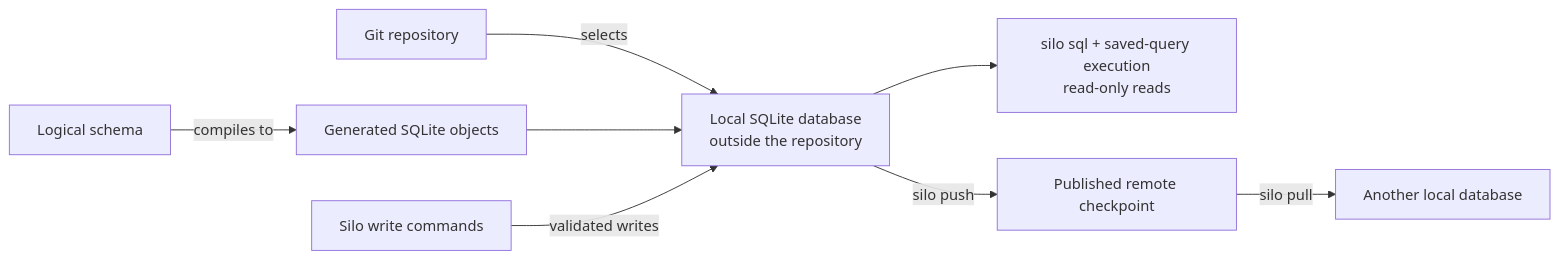
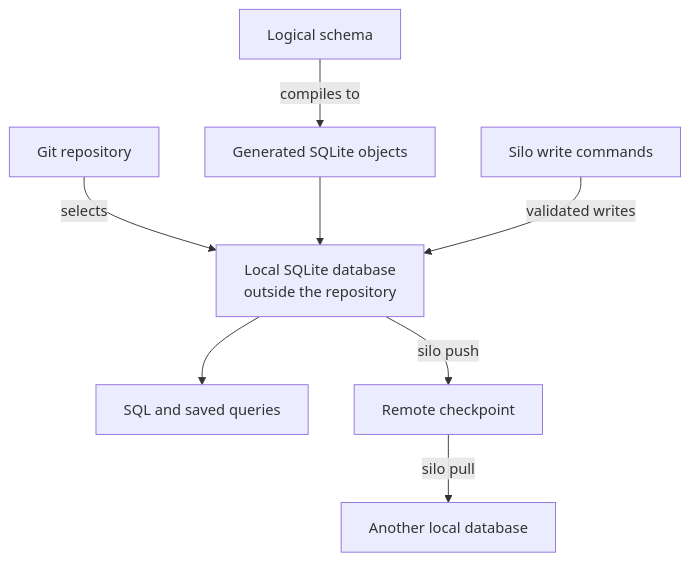
Before and after one commit to silo-ai/silo: the diagram in docs/concepts/how-silo-works.md, drawn with Mermaid.

Commit message:
docs: make the system diagram readable at page width

````diff
--- a/docs/concepts/how-silo-works.md
+++ b/docs/concepts/how-silo-works.md
@@ -12,10 +12,10 @@
 ```mermaid
-flowchart LR
+flowchart TB
   git["Git repository"] -->|"selects"| local["Local SQLite database\noutside the repository"]
   schema["Logical schema"] -->|"compiles to"| objects["Generated SQLite objects"]
   objects --> local
   commands["Silo write commands"] -->|"validated writes"| local
-  local --> reads["silo sql + saved-query execution\nread-only reads"]
-  local -->|"silo push"| checkpoint["Published remote checkpoint"]
+  local --> reads["SQL and saved queries"]
+  local -->|"silo push"| checkpoint["Remote checkpoint"]
   checkpoint -->|"silo pull"| other["Another local database"]
 ```
````
